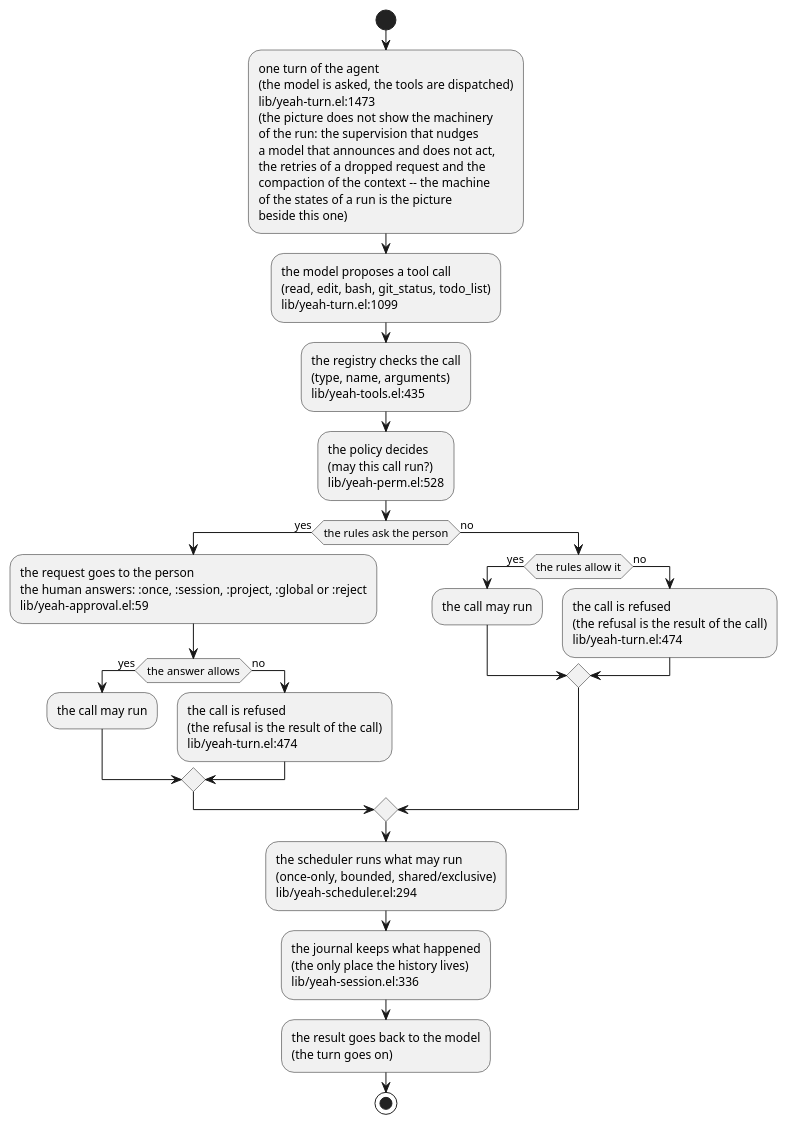
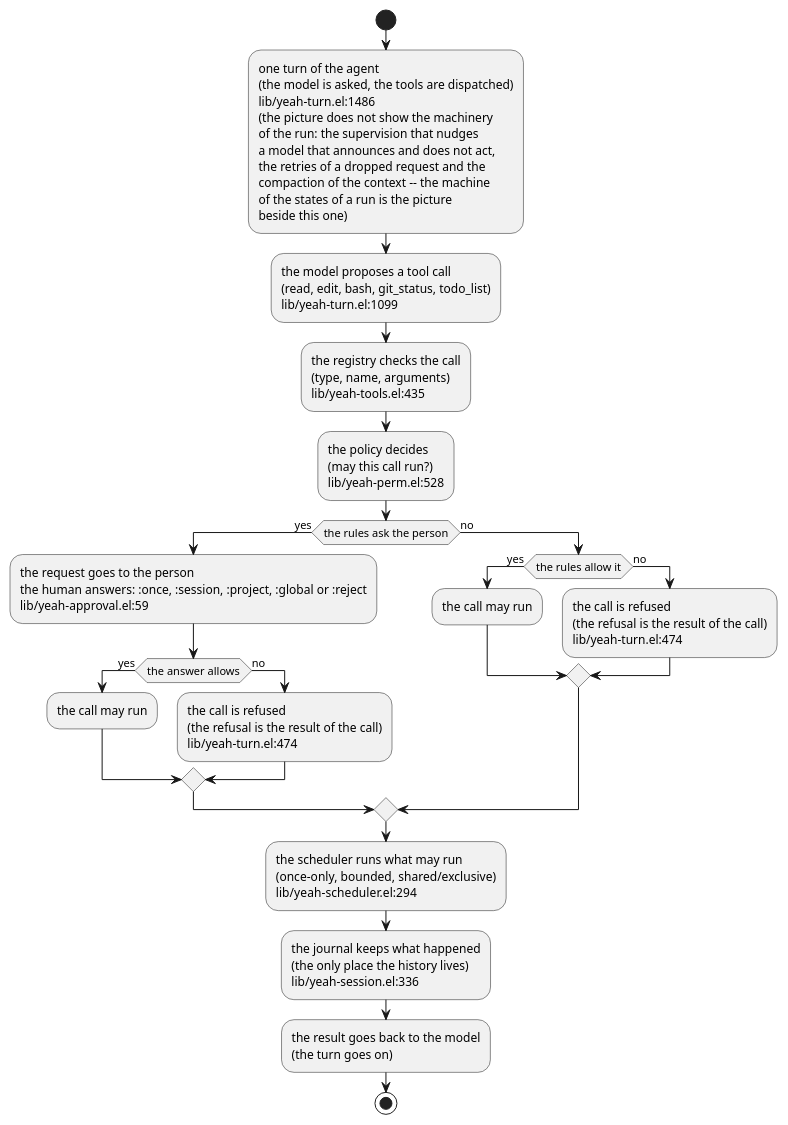
Before and after one commit to 11111000000/yeah: the diagram in site/diagrams/one-turn.puml, drawn with PlantUML. The commit also changed 10 other files, not shown here.

Commit message:
fix(agent): make controls bite and refresh diagrams

```diff
--- a/site/diagrams/one-turn.puml
+++ b/site/diagrams/one-turn.puml
@@ -1,63 +1,63 @@
 @startuml one-turn
 ' One turn of the agent loop, end to end.
 '
 ' The model proposes a call of a tool; the registry checks the call; the
 ' policy decides whether the call may run; the person answers when the rules
 ' ask; the scheduler runs what may run; the journal keeps what happened; the
 ' result goes back to the model and the turn goes on.
 '
 ' The model proposes and does not decide: the registry and the policy decide
 ' what may run, and the journal is the only place where the history lives.
 '
 ' Every block that asserts something about the code names the files that
 ' implement it, as `file:line'.  The names of the tools are the names the
 ' model calls them by.
 
 start
 :one turn of the agent
 (the model is asked, the tools are dispatched)
-lib/yeah-turn.el:1473
+lib/yeah-turn.el:1486
 (the picture does not show the machinery
 of the run: the supervision that nudges
 a model that announces and does not act,
 the retries of a dropped request and the
 compaction of the context -- the machine
 of the states of a run is the picture
 beside this one);
 :the model proposes a tool call
 (read, edit, bash, git_status, todo_list)
 lib/yeah-turn.el:1099;
 :the registry checks the call
 (type, name, arguments)
 lib/yeah-tools.el:435;
 :the policy decides
 (may this call run?)
 lib/yeah-perm.el:528;
 if (the rules ask the person) then (yes)
   :the request goes to the person\nthe human answers: :once, :session, :project, :global or :reject\nlib/yeah-approval.el:59;
   if (the answer allows) then (yes)
     :the call may run;
   else (no)
     :the call is refused
     (the refusal is the result of the call)
     lib/yeah-turn.el:474;
   endif
 else (no)
   if (the rules allow it) then (yes)
     :the call may run;
   else (no)
     :the call is refused
     (the refusal is the result of the call)
     lib/yeah-turn.el:474;
   endif
 endif
 :the scheduler runs what may run
 (once-only, bounded, shared/exclusive)
 lib/yeah-scheduler.el:294;
 :the journal keeps what happened
 (the only place the history lives)
 lib/yeah-session.el:336;
 :the result goes back to the model
 (the turn goes on);
 stop
 @enduml
```
